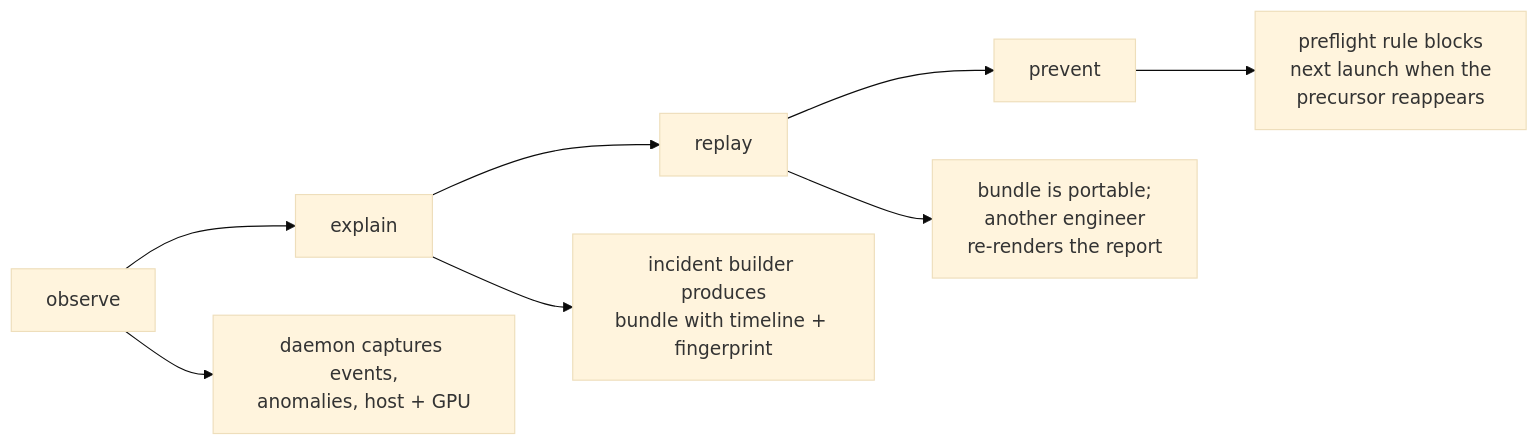
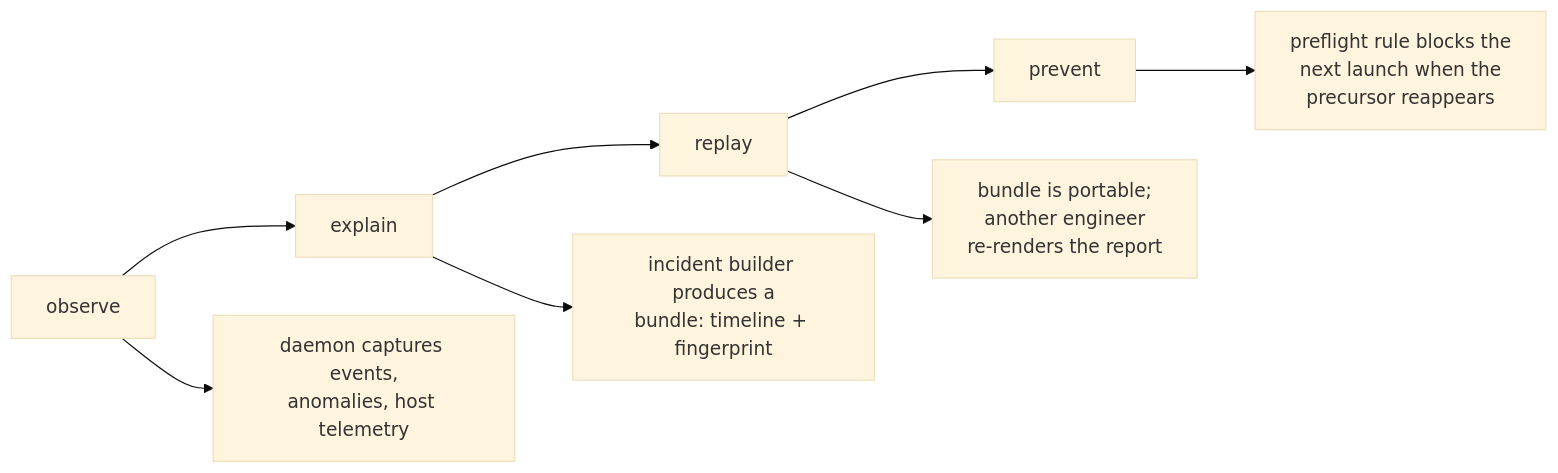
One commit to yusufdxb/BlackBoxRS changed the first of 2 diagrams in README.md. Above: the diagram before and after it, drawn with Mermaid (base theme). The commit also changed other lines of this file, not shown here.

````diff
--- a/README.md
+++ b/README.md
@@ -154,11 +100,11 @@
 ```mermaid
 graph LR
     O[observe] --> E[explain]
     E --> R[replay]
     R --> P[prevent]
 
-    O --> Od["daemon captures events,<br/>anomalies, host + GPU"]
-    E --> Ed["incident builder produces<br/>bundle with timeline + fingerprint"]
+    O --> Od["daemon captures events,<br/>anomalies, host telemetry"]
+    E --> Ed["incident builder produces a<br/>bundle: timeline + fingerprint"]
     R --> Rd["bundle is portable;<br/>another engineer<br/>re-renders the report"]
-    P --> Pd["preflight rule blocks<br/>next launch when the<br/>precursor reappears"]
+    P --> Pd["preflight rule blocks the<br/>next launch when the<br/>precursor reappears"]
 ```
````
